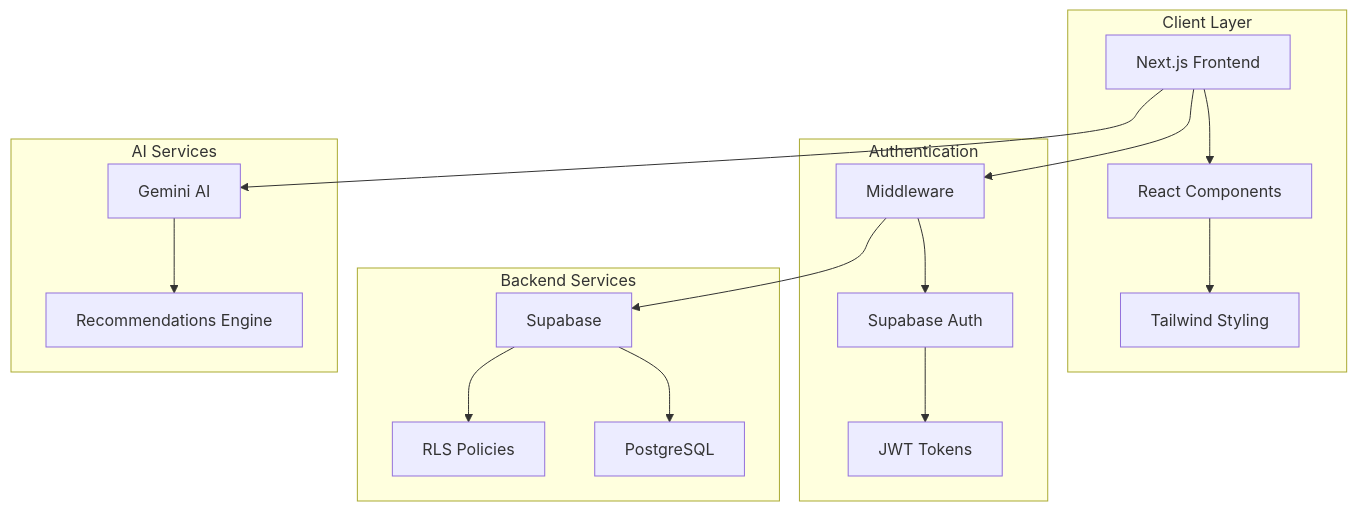
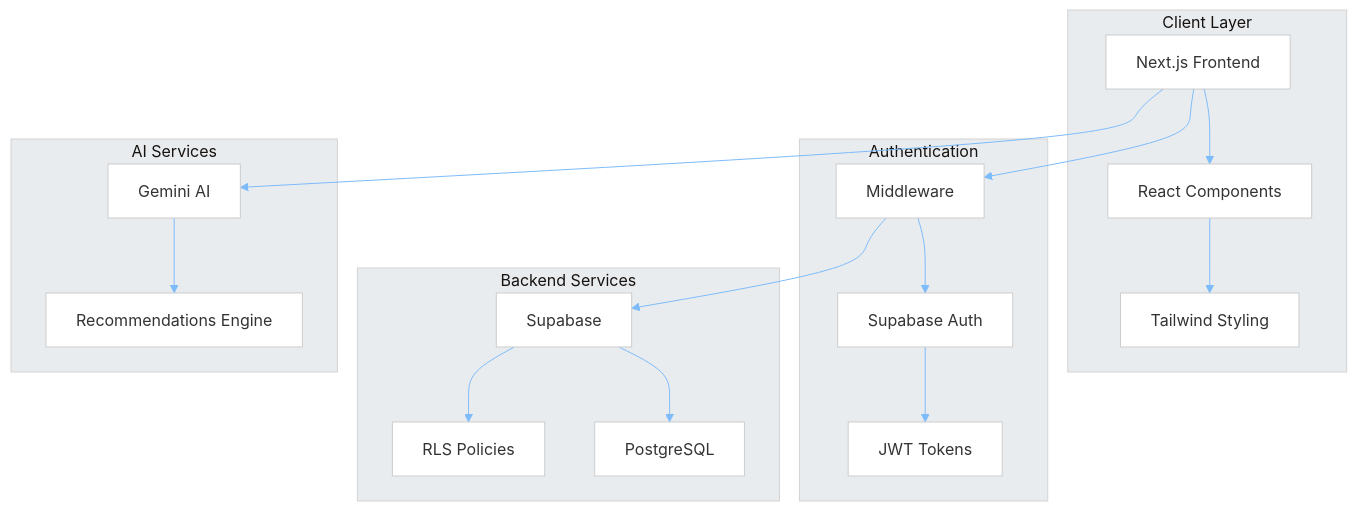
The first of 3 diagrams in README.md (loofsan/FedVentura), drawn with Mermaid before and after one commit.

````diff
--- a/README.md
+++ b/README.md
@@ -78,25 +78,27 @@
 ```mermaid
+%%{init: {'theme':'base', 'themeVariables': { 'primaryColor': '#ffffff', 'primaryTextColor': '#333333', 'primaryBorderColor': '#cccccc', 'lineColor': '#7dbbfa', 'secondaryColor': '#f8f9fa', 'tertiaryColor': '#e9ecef', 'background': '#ffffff', 'mainBkg': '#ffffff', 'secondBkg': '#f8f9fa', 'tertiaryBkg': '#e9ecef'}}}%%
+
 graph TB
    subgraph "Client Layer"
        A[Next.js Frontend] --> B[React Components]
        B --> C[Tailwind Styling]
    end
    
    subgraph "Authentication"
        D[Middleware] --> E[Supabase Auth]
        E --> F[JWT Tokens]
    end
    
    subgraph "Backend Services"
        G[Supabase] --> H[PostgreSQL]
        G --> I[RLS Policies]
    end
    
    subgraph "AI Services"
        J[Gemini AI] --> K[Recommendations Engine]
    end
    
    A --> D
    D --> G
    A --> J
 ```
````
